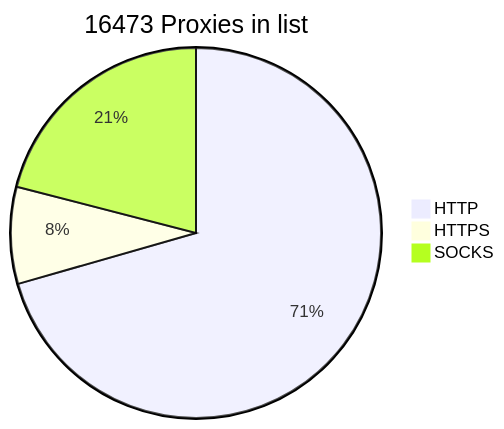
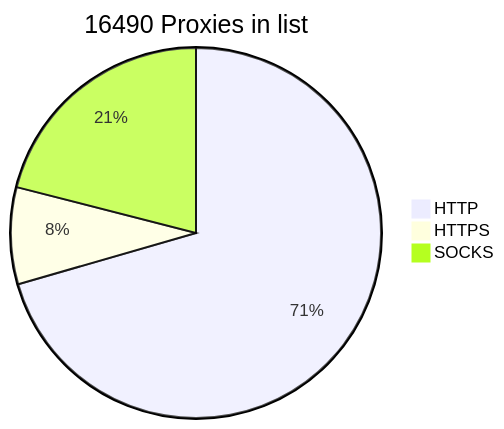
Before and after one commit to BlackSnowDot/proxylist-update-every-minute: the diagram in README.md, drawn with Mermaid.

````diff
--- a/README.md
+++ b/README.md
@@ -2,6 +2,6 @@
 ```mermaid
-pie title 16473 Proxies in list
-    "HTTP" : 11909
-    "HTTPS": 1426
-    "SOCKS" : 3541
+pie title 16490 Proxies in list
+    "HTTP" : 11918
+    "HTTPS": 1429
+    "SOCKS" : 3550
 ```
````
